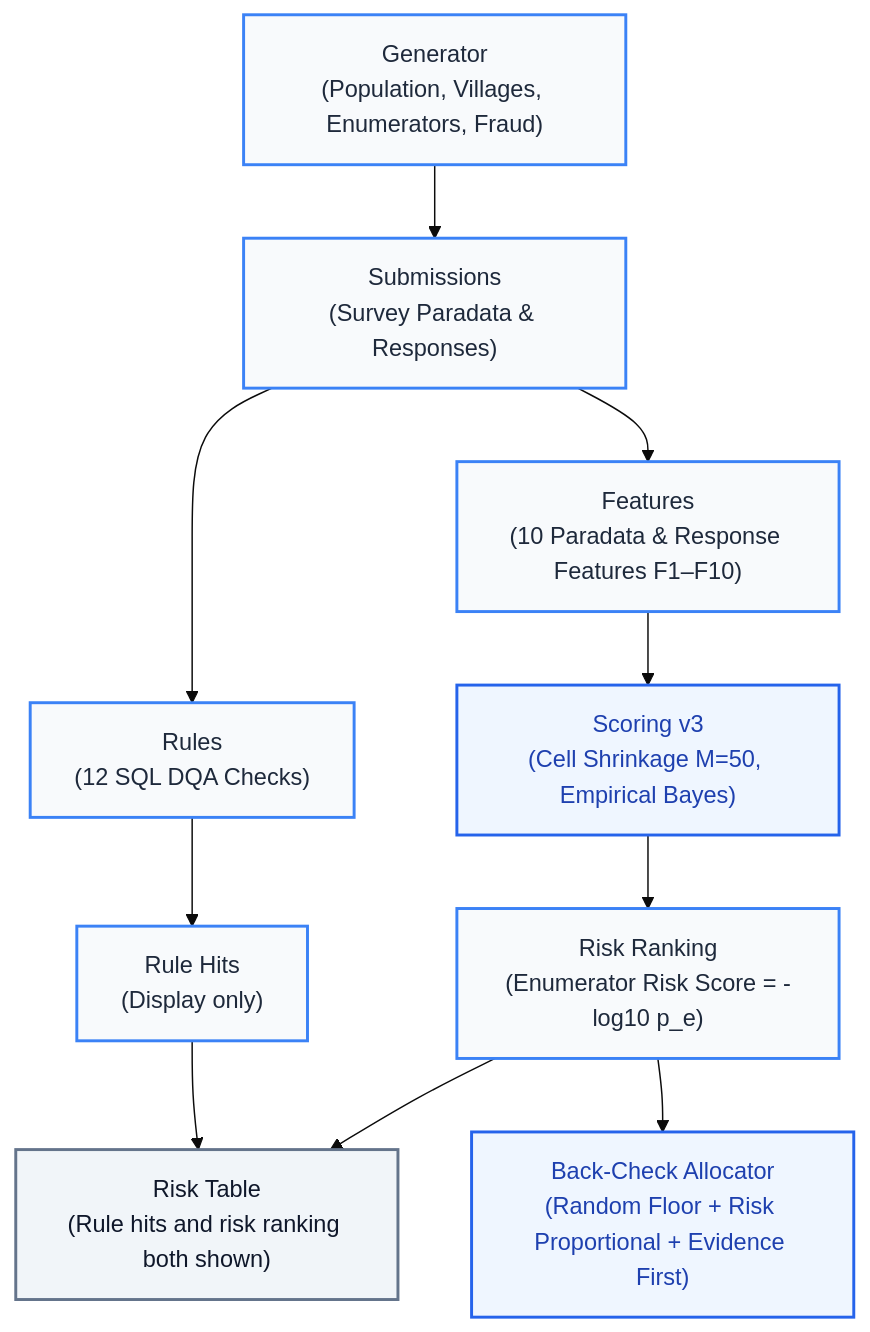
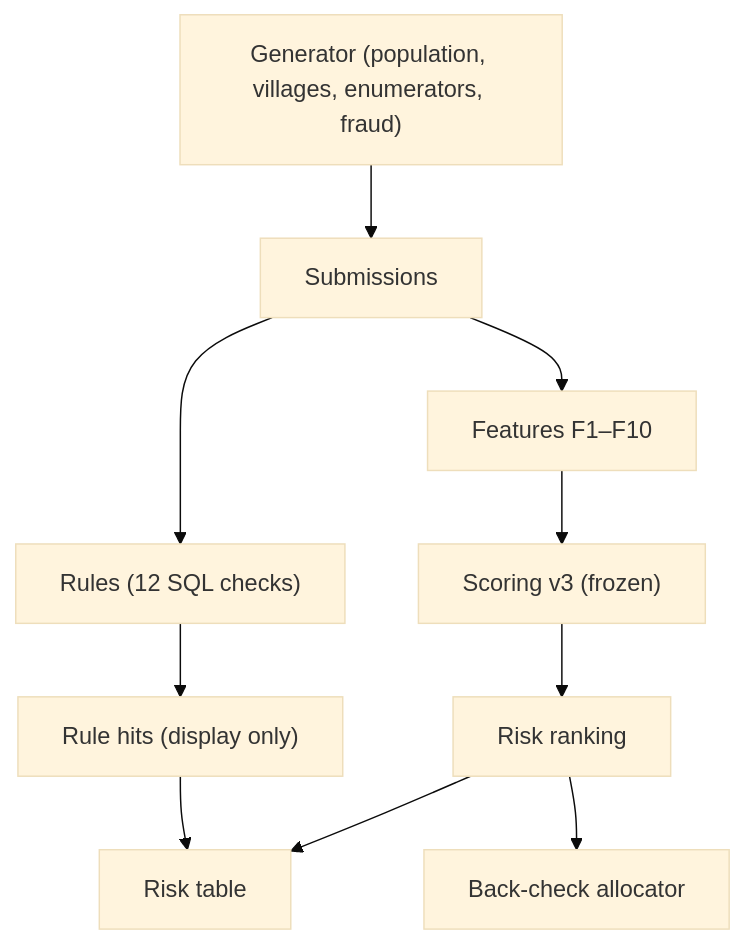
Before and after one commit to TahmidShafi/curbstone: the diagram in README.md, drawn with Mermaid (base theme). The commit also changed other lines of this file, not shown here.

````diff
--- a/README.md
+++ b/README.md
@@ -45,27 +62,8 @@
 ```mermaid
 flowchart TD
-  classDef stage fill:#f8fafc,stroke:#3b82f6,stroke-width:2px,color:#1e293b;
-  classDef highlight fill:#eff6ff,stroke:#2563eb,stroke-width:2px,color:#1e40af;
-  classDef table fill:#f1f5f9,stroke:#64748b,stroke-width:2px,color:#0f172a;
-
-  GEN["Generator<br/>(Population, Villages, Enumerators, Fraud)"]:::stage
-  SUB["Submissions<br/>(Survey Paradata & Responses)"]:::stage
-  RULES["Rules<br/>(12 SQL DQA Checks)"]:::stage
-  HITS["Rule Hits<br/>(Display only)"]:::stage
-  FEAT["Features<br/>(10 Paradata & Response Features F1–F10)"]:::stage
-  SCORE["Scoring v3<br/>(Cell Shrinkage M=50, Empirical Bayes)"]:::highlight
-  RANK["Risk Ranking<br/>(Enumerator Risk Score = -log10 p_e)"]:::stage
-  ALLOC["Back-Check Allocator<br/>(Random Floor + Risk Proportional + Evidence First)"]:::highlight
-  TAB["Risk Table<br/>(Rule hits and risk ranking both shown)"]:::table
-
-  GEN --> SUB
-  SUB --> RULES
-  RULES --> HITS
-  SUB --> FEAT
-  FEAT --> SCORE
-  SCORE --> RANK
-  RANK --> ALLOC
-
-  HITS --> TAB
+  GEN["Generator (population, villages, enumerators, fraud)"] --> SUB["Submissions"]
+  SUB --> RULES["Rules (12 SQL checks)"] --> HITS["Rule hits (display only)"]
+  SUB --> FEAT["Features F1–F10"] --> SCORE["Scoring v3 (frozen)"] --> RANK["Risk ranking"] --> ALLOC["Back-check allocator"]
+  HITS --> TAB["Risk table"]
   RANK --> TAB
 ```
````
